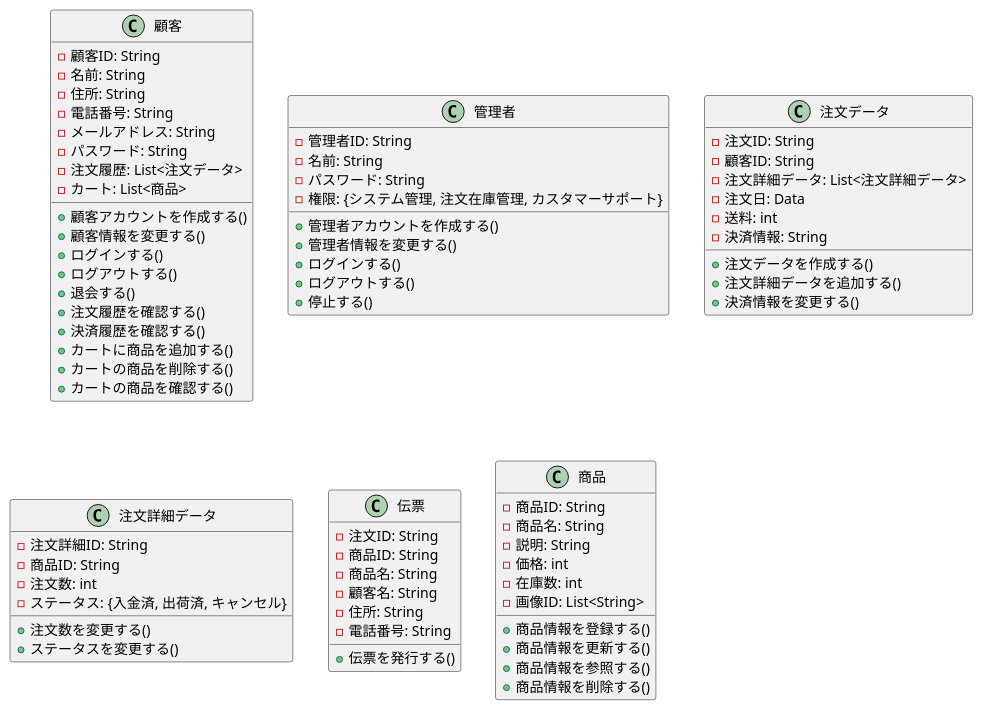
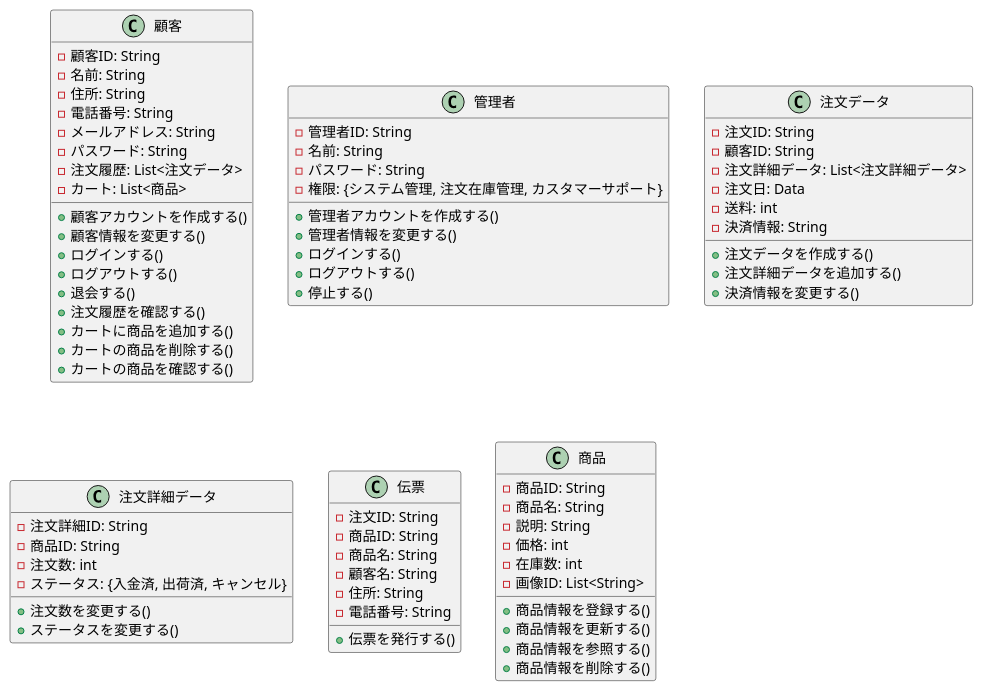
The diagram in BB/class.pu (FujikawaHirono0520/group3_1_dogdog), drawn with PlantUML before and after one commit.

Commit message:
【削除】顧客の決済履歴確認

```diff
--- a/BB/class.pu
+++ b/BB/class.pu
@@ -1,86 +1,85 @@
 @startuml .
 
 class 顧客{
     - 顧客ID: String
     - 名前: String
     - 住所: String
     - 電話番号: String
     - メールアドレス: String
     - パスワード: String
     - 注文履歴: List<注文データ>
     - カート: List<商品>
 
     + 顧客アカウントを作成する()
     + 顧客情報を変更する()
     + ログインする()
     + ログアウトする()
     + 退会する()
     + 注文履歴を確認する()
-    + 決済履歴を確認する()
     + カートに商品を追加する()
     + カートの商品を削除する()
     + カートの商品を確認する()
 }
 
 class 管理者 {
     - 管理者ID: String
     - 名前: String
     - パスワード: String
     - 権限: {システム管理, 注文在庫管理, カスタマーサポート}
 
     + 管理者アカウントを作成する()
     + 管理者情報を変更する()
     + ログインする()
     + ログアウトする()
     + 停止する()
 }
 
 class 注文データ {
     - 注文ID: String
     - 顧客ID: String
     - 注文詳細データ: List<注文詳細データ>
     - 注文日: Data
     - 送料: int
     - 決済情報: String
 
     + 注文データを作成する()
     + 注文詳細データを追加する()
     + 決済情報を変更する()
 }
 
 class 注文詳細データ {
     - 注文詳細ID: String
     - 商品ID: String
     - 注文数: int
     - ステータス: {入金済, 出荷済, キャンセル}
 
     + 注文数を変更する()
     + ステータスを変更する()
 }
 
 class 伝票 {
     - 注文ID: String
     - 商品ID: String
     - 商品名: String
     - 顧客名: String
     - 住所: String
     - 電話番号: String
 
     + 伝票を発行する()
 }
 
 class 商品 {
     - 商品ID: String
     - 商品名: String
     - 説明: String
     - 価格: int
     - 在庫数: int
     - 画像ID: List<String>
 
     + 商品情報を登録する()
     + 商品情報を更新する()
     + 商品情報を参照する()
     + 商品情報を削除する()
 }
 
 @enduml
```
